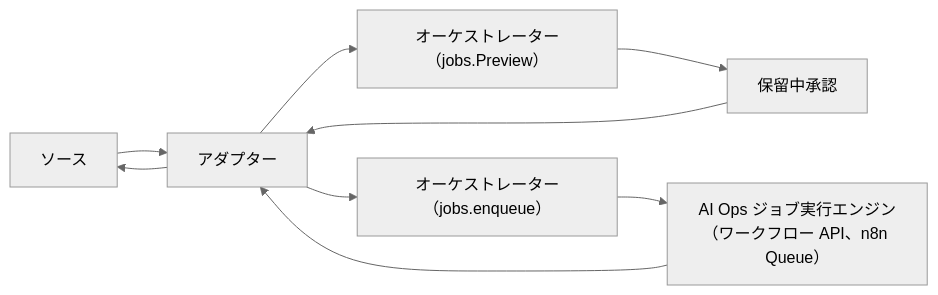
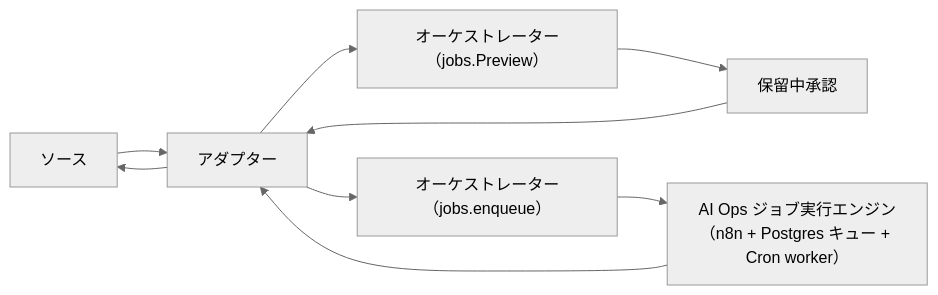
Before and after one commit to smic-aiops/aiops-agent: the second of 4 diagrams in apps/aiops_agent/docs/aiops_agent_design.md, drawn with Mermaid (neutral theme). The commit also changed other lines of this file and 4 other files, not shown here.

Commit message:
Docs: clarify Postgres queue worker reference impl

````diff
--- a/apps/aiops_agent/docs/aiops_agent_design.md
+++ b/apps/aiops_agent/docs/aiops_agent_design.md
@@ -55,11 +60,11 @@
 ```mermaid
 flowchart LR
   Source[ソース] --> Adapter[アダプター]
   Adapter --> Preview[オーケストレーター（jobs.Preview）]
   Preview --> Pending[保留中承認]
   Pending --> Adapter
   Adapter --> Enqueue[オーケストレーター（jobs.enqueue）]
-  Enqueue --> JobEngine[AI Ops ジョブ実行エンジン（ワークフロー API、n8n Queue）]
+  Enqueue --> JobEngine[AI Ops ジョブ実行エンジン（n8n + Postgres キュー + Cron worker）]
   JobEngine --> Adapter
   Adapter --> Source
 ```
````
